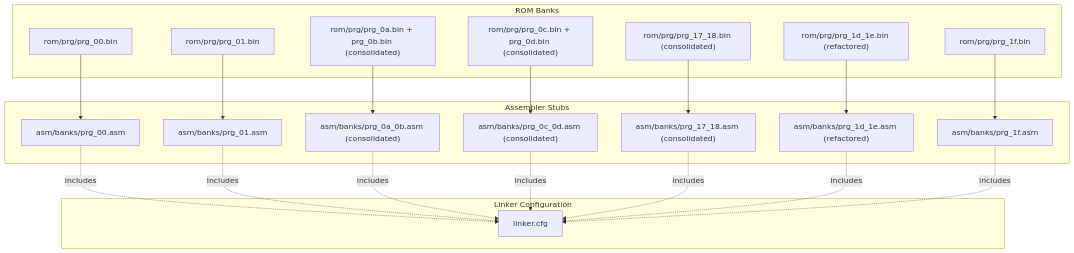
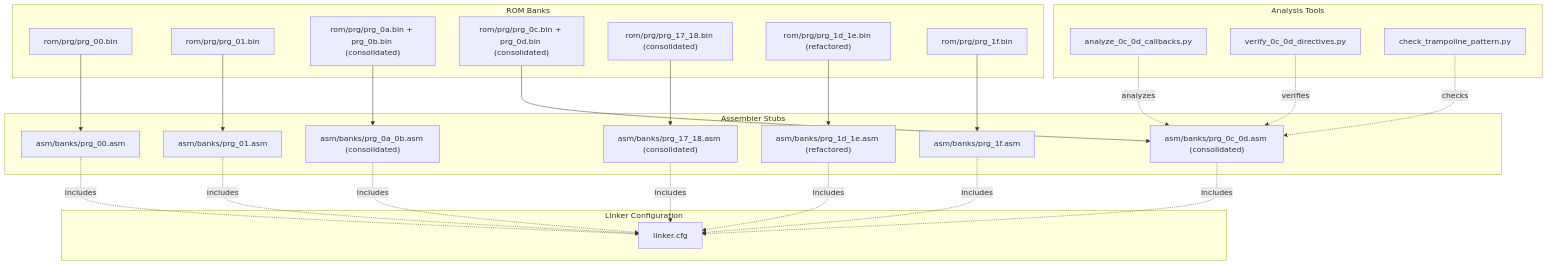
Before and after one commit to rabbyzero/sango2dasm: the first of 3 diagrams in .qoder/repowiki/en/content/Assembly Architecture/Bank Organization and Memory Layout.md, drawn with Mermaid. The commit also changed other lines of this file and 11 other files, not shown here.

````diff
--- a/.qoder/repowiki/en/content/Assembly Architecture/Bank Organization and Memory Layout.md
+++ b/.qoder/repowiki/en/content/Assembly Architecture/Bank Organization and Memory Layout.md
@@ -44,38 +47,46 @@
 ```mermaid
 graph TB
 subgraph "ROM Banks"
 B00["rom/prg/prg_00.bin"]
 B01["rom/prg/prg_01.bin"]
 B0A_0B["rom/prg/prg_0a.bin + prg_0b.bin (consolidated)"]
 B0C_0D["rom/prg/prg_0c.bin + prg_0d.bin (consolidated)"]
 B17_18["rom/prg/prg_17_18.bin (consolidated)"]
 B1D_1E["rom/prg/prg_1d_1e.bin (refactored)"]
 B1F["rom/prg/prg_1f.bin"]
 end
 subgraph "Assembler Stubs"
 S00["asm/banks/prg_00.asm"]
 S01["asm/banks/prg_01.asm"]
 S0A_0B["asm/banks/prg_0a_0b.asm (consolidated)"]
 S0C_0D["asm/banks/prg_0c_0d.asm (consolidated)"]
 S17_18["asm/banks/prg_17_18.asm (consolidated)"]
 S1D_1E["asm/banks/prg_1d_1e.asm (refactored)"]
 S1F["asm/banks/prg_1f.asm"]
 end
+subgraph "Analysis Tools"
+AT01["analyze_0c_0d_callbacks.py"]
+AT02["verify_0c_0d_directives.py"]
+AT03["check_trampoline_pattern.py"]
+end
 subgraph "Linker Configuration"
 CFG["linker.cfg"]
 end
 B00 --> S00
 B01 --> S01
 B0A_0B --> S0A_0B
 B0C_0D --> S0C_0D
 B17_18 --> S17_18
 B1D_1E --> S1D_1E
 B1F --> S1F
 S00 -. includes .-> CFG
 S01 -. includes .-> CFG
 S0A_0B -. includes .-> CFG
 S0C_0D -. includes .-> CFG
 S17_18 -. includes .-> CFG
 S1D_1E -. includes .-> CFG
 S1F -. includes .-> CFG
+AT01 -. analyzes .-> S0C_0D
+AT02 -. verifies .-> S0C_0D
+AT03 -. checks .-> S0C_0D
 ```
````
